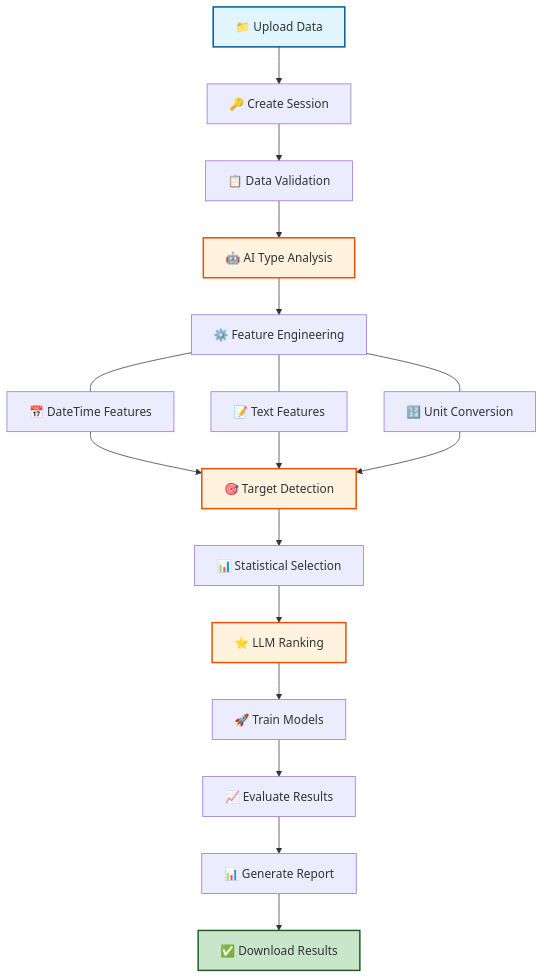
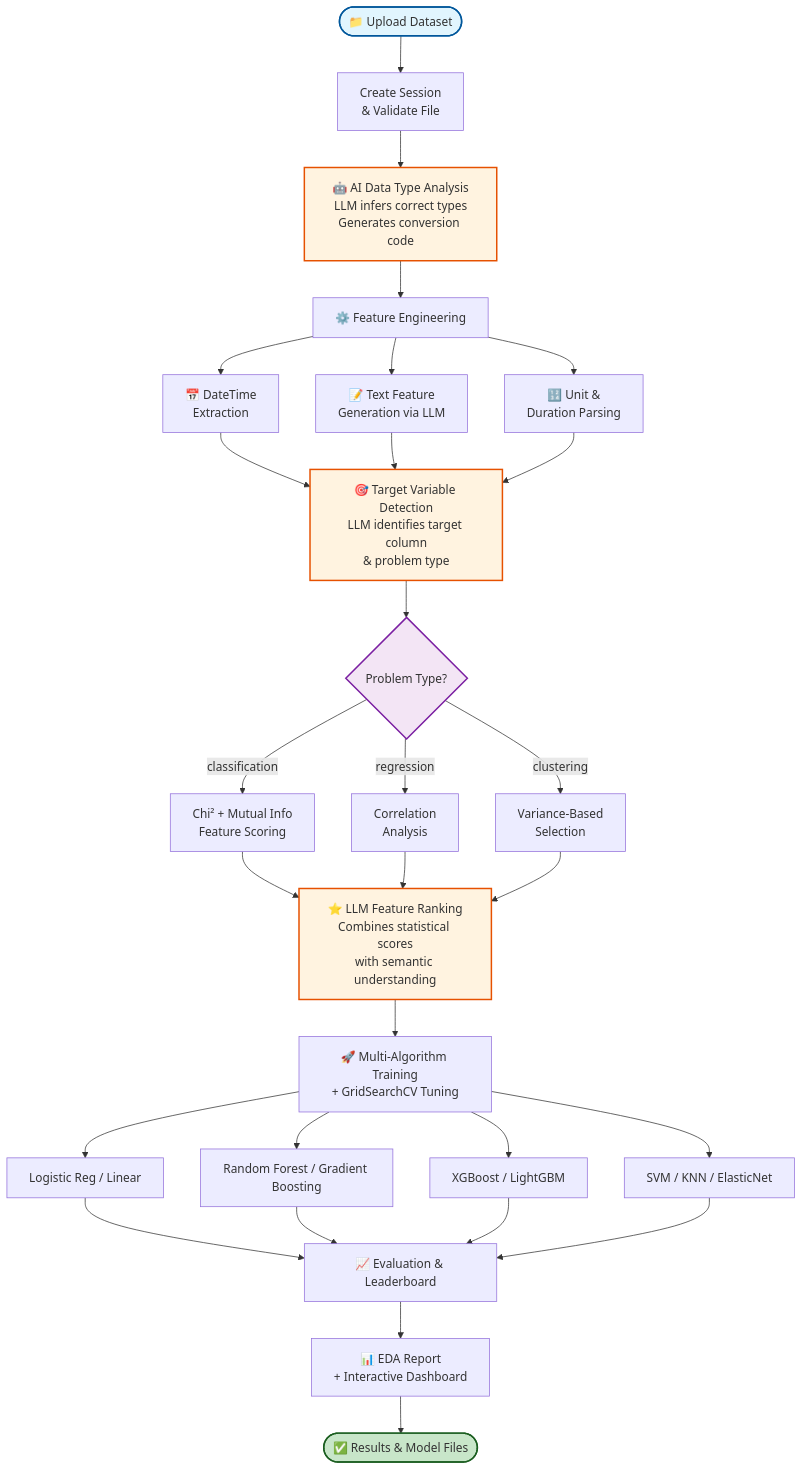
The third of 4 diagrams in README.md (Mayuresh-Bairagi/automl), drawn with Mermaid before and after one commit. The commit also changed other lines of this file, not shown here.

First line of the commit message:
docs: create professional production-grade README.md

````diff
--- a/README.md
+++ b/README.md
@@ -212,25 +214,30 @@
 ```mermaid
 flowchart TD
-    A["📁 Upload Data"] --> B["🔑 Create Session"]
-    B --> C["📋 Data Validation"]
-    C --> D["🤖 AI Type Analysis"]
-    D --> E["⚙️ Feature Engineering"]
-    E --- E1["📅 DateTime Features"]
-    E --- E2["📝 Text Features"]
-    E --- E3["🔢 Unit Conversion"]
-    E1 --> F["🎯 Target Detection"]
-    E2 --> F
-    E3 --> F
-    F --> G["📊 Statistical Selection"]
-    G --> H["⭐ LLM Ranking"]
-    H --> I["🚀 Train Models"]
-    I --> J["📈 Evaluate Results"]
-    J --> K["📊 Generate Report"]
-    K --> L["✅ Download Results"]
-    
+    A(["📁 Upload Dataset"]) --> B["Create Session\n& Validate File"]
+    B --> C["🤖 AI Data Type Analysis\nLLM infers correct types\nGenerates conversion code"]
+    C --> D["⚙️ Feature Engineering"]
+    D --> D1["📅 DateTime\nExtraction"]
+    D --> D2["📝 Text Feature\nGeneration via LLM"]
+    D --> D3["🔢 Unit &\nDuration Parsing"]
+    D1 & D2 & D3 --> E["🎯 Target Variable Detection\nLLM identifies target column\n& problem type"]
+    E --> F{"Problem Type?"}
+    F -->|classification| G1["Chi² + Mutual Info\nFeature Scoring"]
+    F -->|regression| G2["Correlation\nAnalysis"]
+    F -->|clustering| G3["Variance-Based\nSelection"]
+    G1 & G2 & G3 --> H["⭐ LLM Feature Ranking\nCombines statistical scores\nwith semantic understanding"]
+    H --> I["🚀 Multi-Algorithm Training\n+ GridSearchCV Tuning"]
+    I --> I1["Logistic Reg / Linear"]
+    I --> I2["Random Forest / Gradient Boosting"]
+    I --> I3["XGBoost / LightGBM"]
+    I --> I4["SVM / KNN / ElasticNet"]
+    I1 & I2 & I3 & I4 --> J["📈 Evaluation & Leaderboard"]
+    J --> K["📊 EDA Report\n+ Interactive Dashboard"]
+    K --> L(["✅ Results & Model Files"])
+
     style A fill:#e1f5fe,stroke:#01579b,stroke-width:2px
     style L fill:#c8e6c9,stroke:#1b5e20,stroke-width:2px
-    style D fill:#fff3e0,stroke:#e65100,stroke-width:2px
-    style F fill:#fff3e0,stroke:#e65100,stroke-width:2px
+    style C fill:#fff3e0,stroke:#e65100,stroke-width:2px
+    style E fill:#fff3e0,stroke:#e65100,stroke-width:2px
     style H fill:#fff3e0,stroke:#e65100,stroke-width:2px
+    style F fill:#f3e5f5,stroke:#7b1fa2,stroke-width:2px
 ```
````
